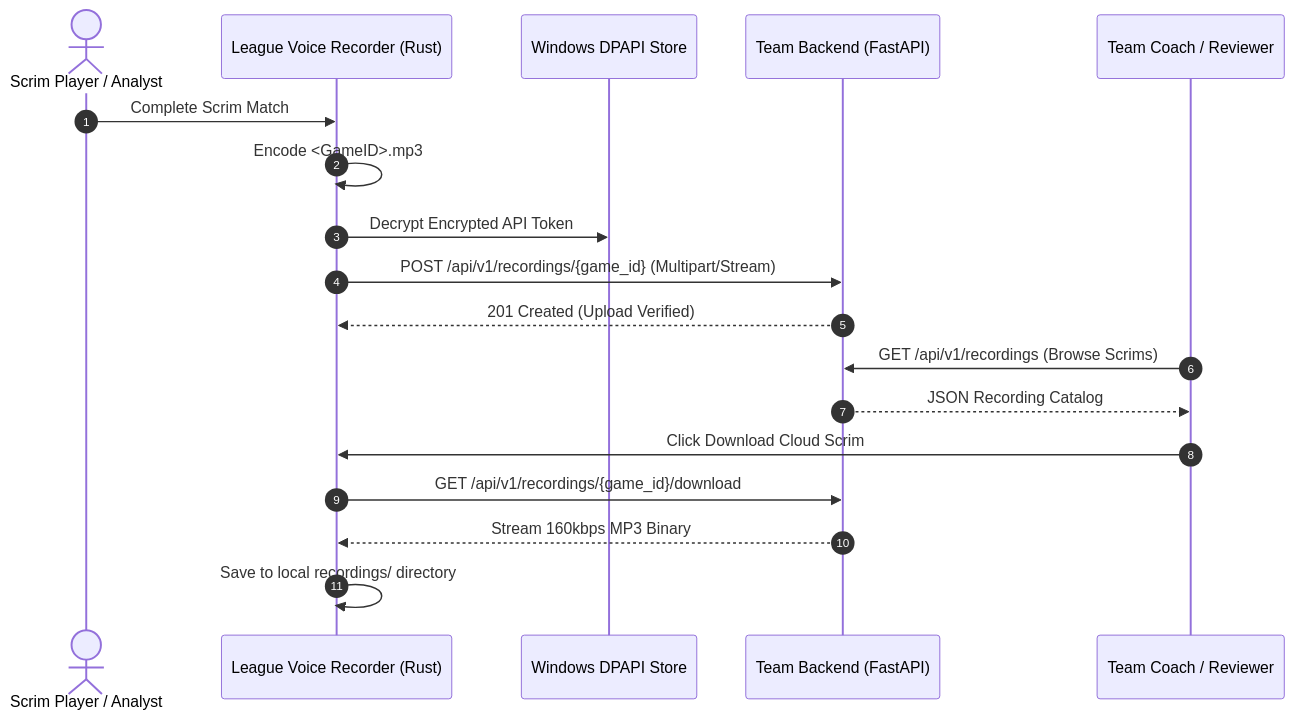
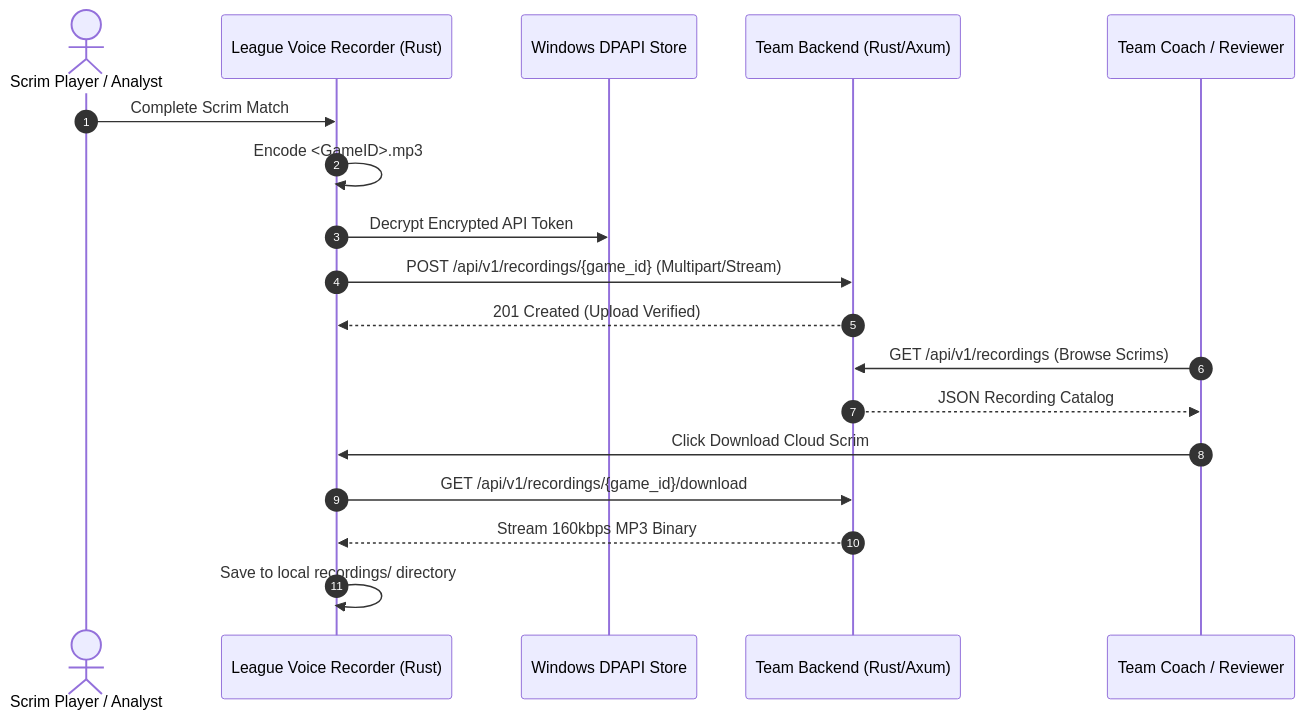
The diagram in docs/cloud_sync.md (betterix/league-voice-recorder), drawn with Mermaid before and after one commit. The commit also changed other lines of this file and 4 other files, not shown here.

Commit message:
docs: update backend references from FastAPI to Rust/Axum

````diff
--- a/docs/cloud_sync.md
+++ b/docs/cloud_sync.md
@@ -9,22 +9,22 @@
 ```mermaid
 sequenceDiagram
     autonumber
     actor Player as Scrim Player / Analyst
     participant App as League Voice Recorder (Rust)
     participant DPAPI as Windows DPAPI Store
-    participant Server as Team Backend (FastAPI)
+    participant Server as Team Backend (Rust/Axum)
     participant Coach as Team Coach / Reviewer
 
     Player->>App: Complete Scrim Match
     App->>App: Encode <GameID>.mp3
     App->>DPAPI: Decrypt Encrypted API Token
     App->>Server: POST /api/v1/recordings/{game_id} (Multipart/Stream)
     Server-->>App: 201 Created (Upload Verified)
     
     Coach->>Server: GET /api/v1/recordings (Browse Scrims)
     Server-->>Coach: JSON Recording Catalog
     Coach->>App: Click Download Cloud Scrim
     App->>Server: GET /api/v1/recordings/{game_id}/download
     Server-->>App: Stream 160kbps MP3 Binary
     App->>App: Save to local recordings/ directory
 ```
````
